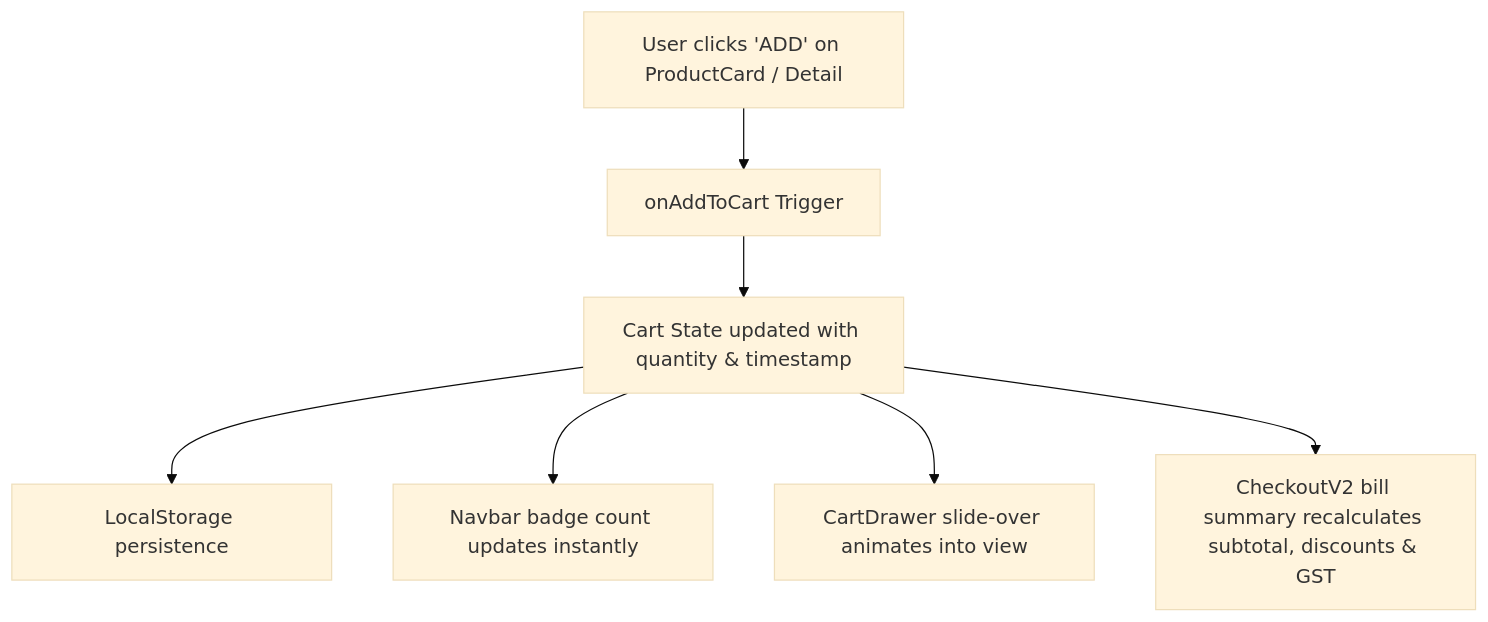
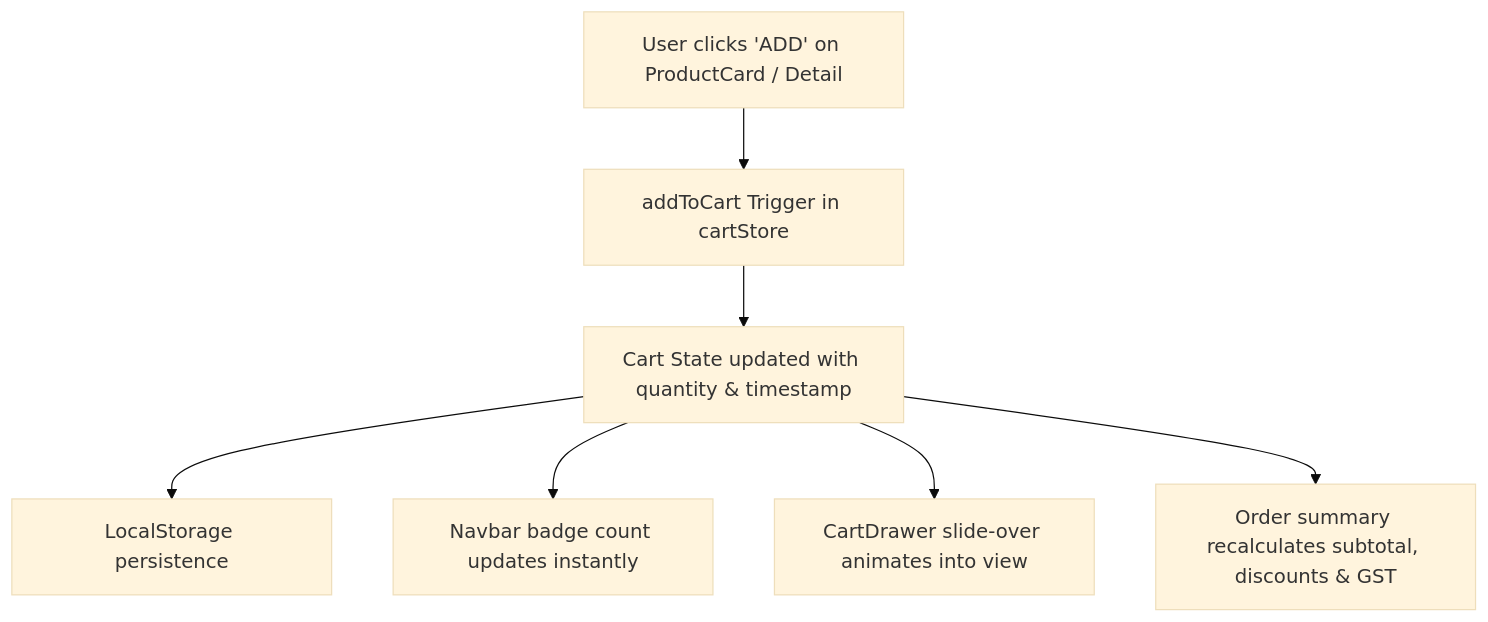
Before and after one commit to iAmitVishwakarma/ourlittlejoys: the second of 3 diagrams in ARCHITECTURE.md, drawn with Mermaid (base theme). The commit also changed other lines of this file and 67 other files, not shown here.

Commit message:
refactor(architecture): restructure folder hierarchy into modular domain-driven layout

````diff
--- a/ARCHITECTURE.md
+++ b/ARCHITECTURE.md
@@ -52,9 +69,9 @@
 ```mermaid
 flowchart TD
-    A[User clicks 'ADD' on ProductCard / Detail] --> B[onAddToCart Trigger]
+    A[User clicks 'ADD' on ProductCard / Detail] --> B[addToCart Trigger in cartStore]
     B --> C[Cart State updated with quantity & timestamp]
     C --> D[LocalStorage persistence]
     C --> E[Navbar badge count updates instantly]
     C --> F[CartDrawer slide-over animates into view]
-    C --> G[CheckoutV2 bill summary recalculates subtotal, discounts & GST]
+    C --> G[Order summary recalculates subtotal, discounts & GST]
 ```
````
